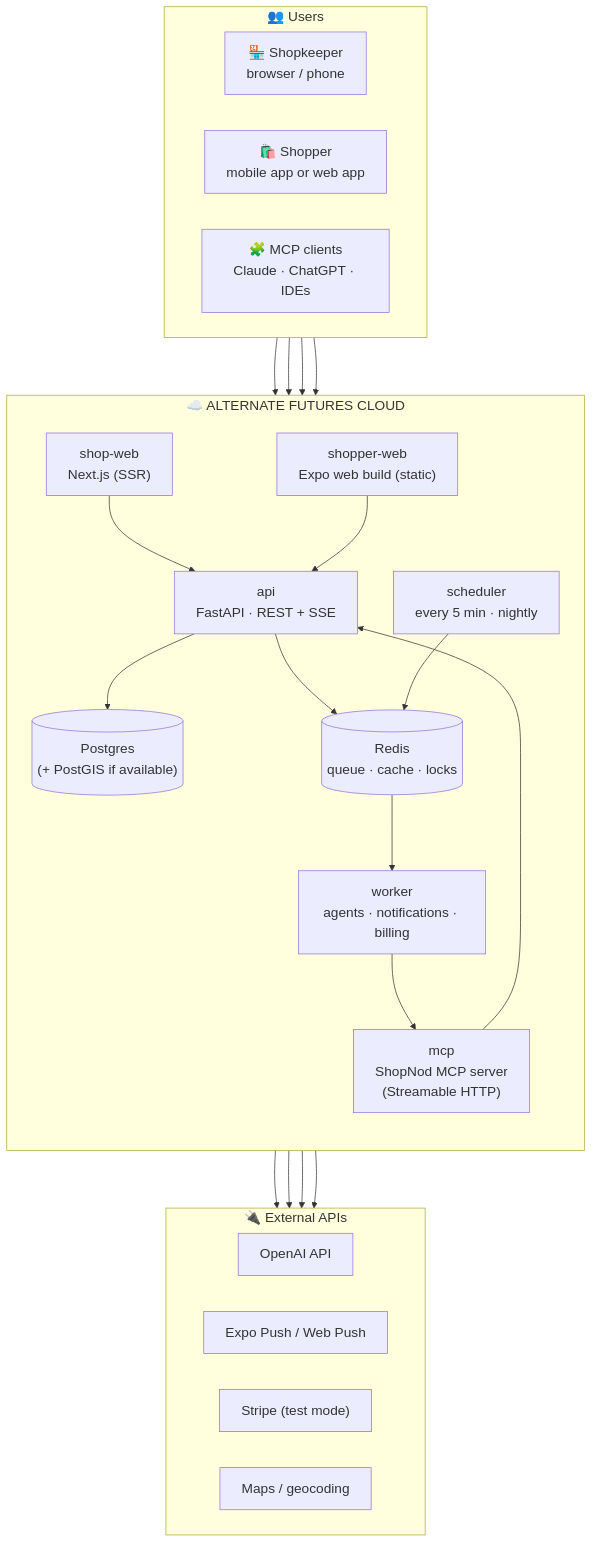
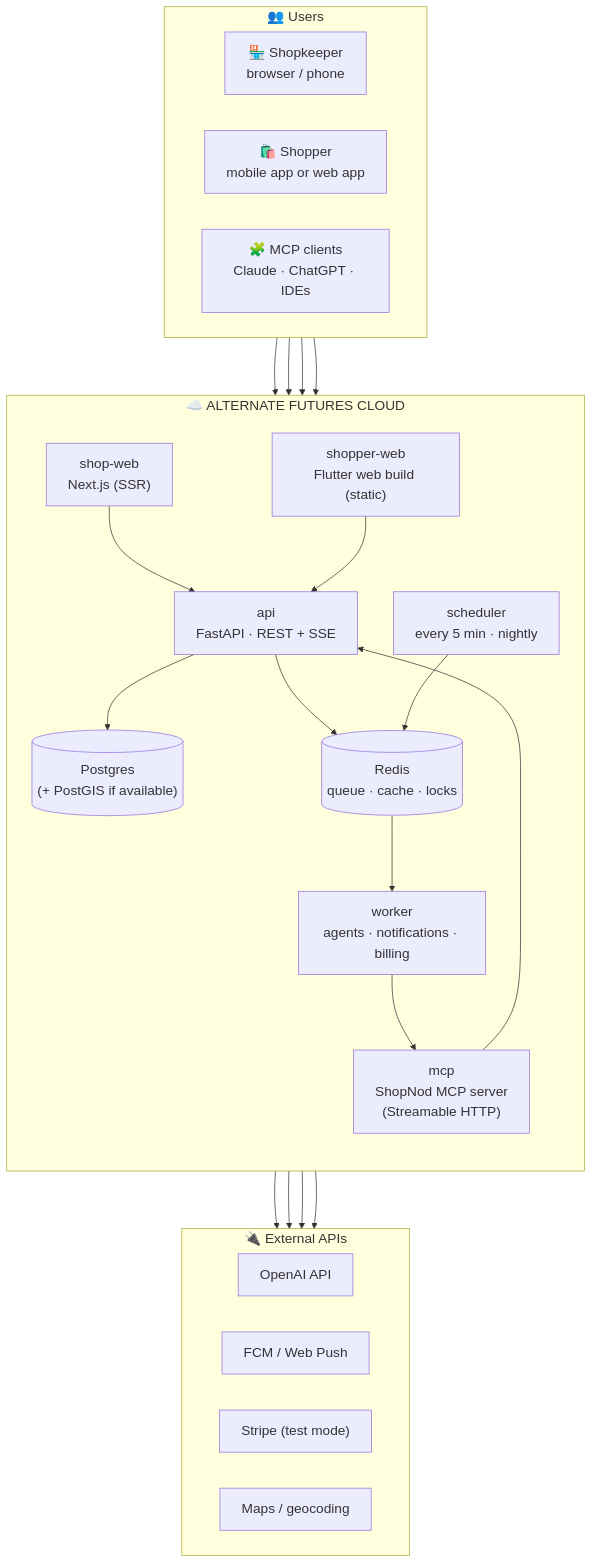
One commit to OmgItsAmmer/ShopNod changed the second of 4 diagrams in architecture.md. Above: the diagram before and after it, drawn with Mermaid. The commit also changed other lines of this file and 202 other files, not shown here.

````diff
--- a/architecture.md
+++ b/architecture.md
@@ -81,47 +81,47 @@
 ```mermaid
 %%{init: {"themeVariables": {"fontSize": "19px"}, "flowchart": {"nodeSpacing": 50, "rankSpacing": 80}}}%%
 flowchart TB
     subgraph USERS["👥 Users"]
         direction LR
         SHOP["🏪 Shopkeeper<br/>browser / phone"]
         SHOPPER["🛍️ Shopper<br/>mobile app or web app"]
         EXTMCP["🧩 MCP clients<br/>Claude · ChatGPT · IDEs"]
     end
 
     subgraph AF["☁️ ALTERNATE FUTURES CLOUD"]
         direction TB
         WEB["shop-web<br/>Next.js (SSR)"]
-        CWEB["shopper-web<br/>Expo web build (static)"]
+        CWEB["shopper-web<br/>Flutter web build (static)"]
         API["api<br/>FastAPI · REST + SSE"]
         MCPS["mcp<br/>ShopNod MCP server<br/>(Streamable HTTP)"]
         WORK["worker<br/>agents · notifications · billing"]
         BEAT["scheduler<br/>every 5 min · nightly"]
         PG[("Postgres<br/>(+ PostGIS if available)")]
         RD[("Redis<br/>queue · cache · locks")]
     end
 
     subgraph EXT["🔌 External APIs"]
         direction LR
         OAI["OpenAI API"]
-        PUSH["Expo Push / Web Push"]
+        PUSH["FCM / Web Push"]
         STRIPE["Stripe (test mode)"]
         MAPS["Maps / geocoding"]
     end
 
     SHOP --> WEB
     SHOPPER --> CWEB
     WEB --> API
     CWEB --> API
     SHOPPER --> API
     EXTMCP --> MCPS
     API --> PG
     API --> RD
     MCPS --> API
     BEAT --> RD
     RD --> WORK
     WORK --> MCPS
     WORK --> OAI
     WORK --> PUSH
     API --> STRIPE
     WEB --> MAPS
 ```
````
